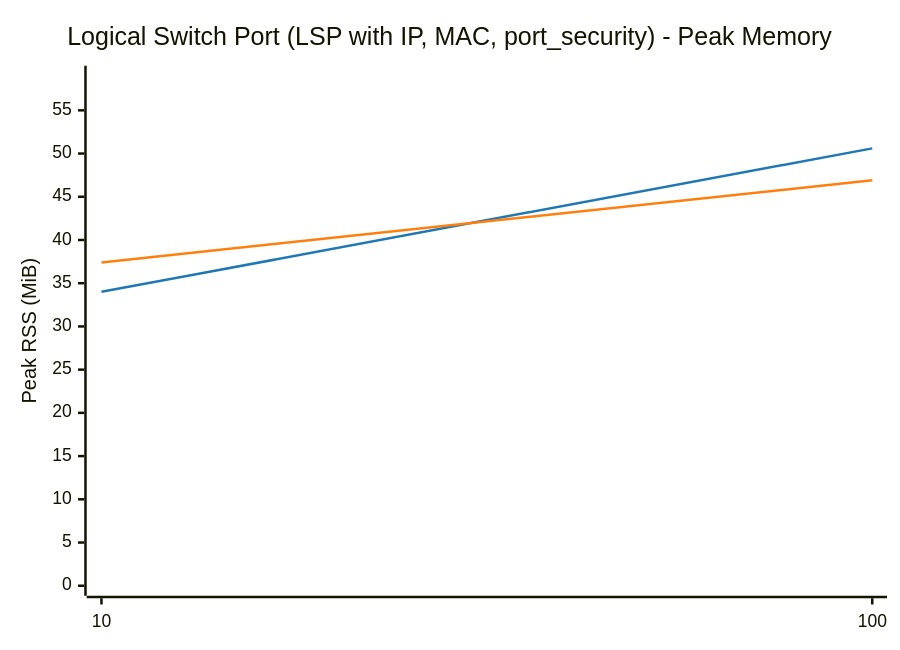
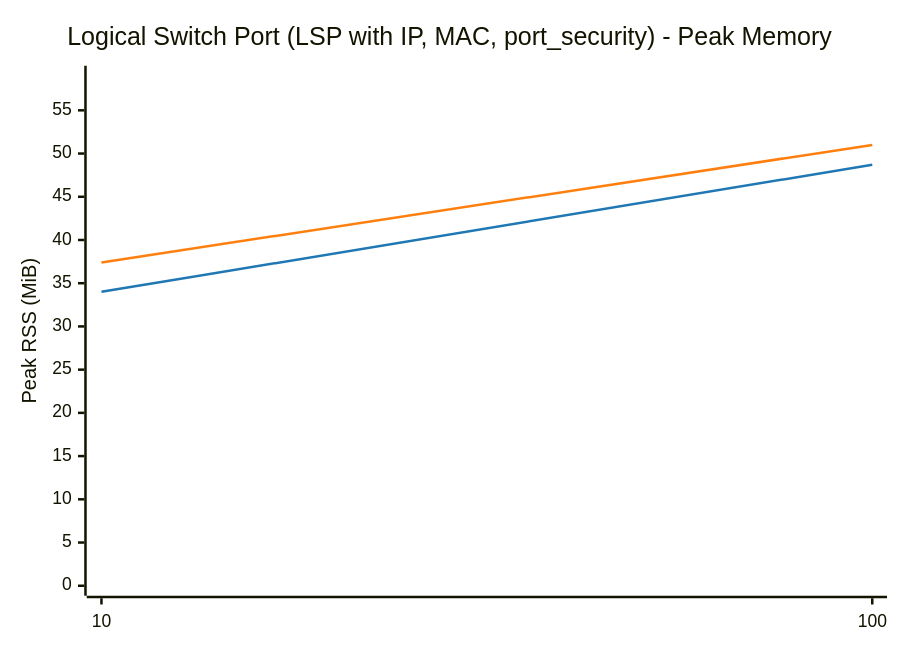
Before and after one commit to LionelJouin/ovs-ovn-bench: the second of 8 diagrams in results/BENCHMARK_REPORT.md, drawn with Mermaid. The commit also changed other lines of this file and 2 other files, not shown here.

````diff
--- a/results/BENCHMARK_REPORT.md
+++ b/results/BENCHMARK_REPORT.md
@@ -78,14 +78,14 @@
 ```mermaid
 ---
 config:
     themeVariables:
         xyChart:
             plotColorPalette: "#1f77b4, #ff7f0e"
 ---
 xychart-beta
     title "Logical Switch Port (LSP with IP, MAC, port_security) - Peak Memory"
     x-axis ["10", "100"]
     y-axis "Peak RSS (MiB)" 0 --> 59
-    line "glibc malloc" [34.0, 50.6]
-    line "jemalloc" [37.4, 46.9]
+    line "glibc malloc" [34.0, 48.7]
+    line "jemalloc" [37.4, 51.0]
 ```
````
